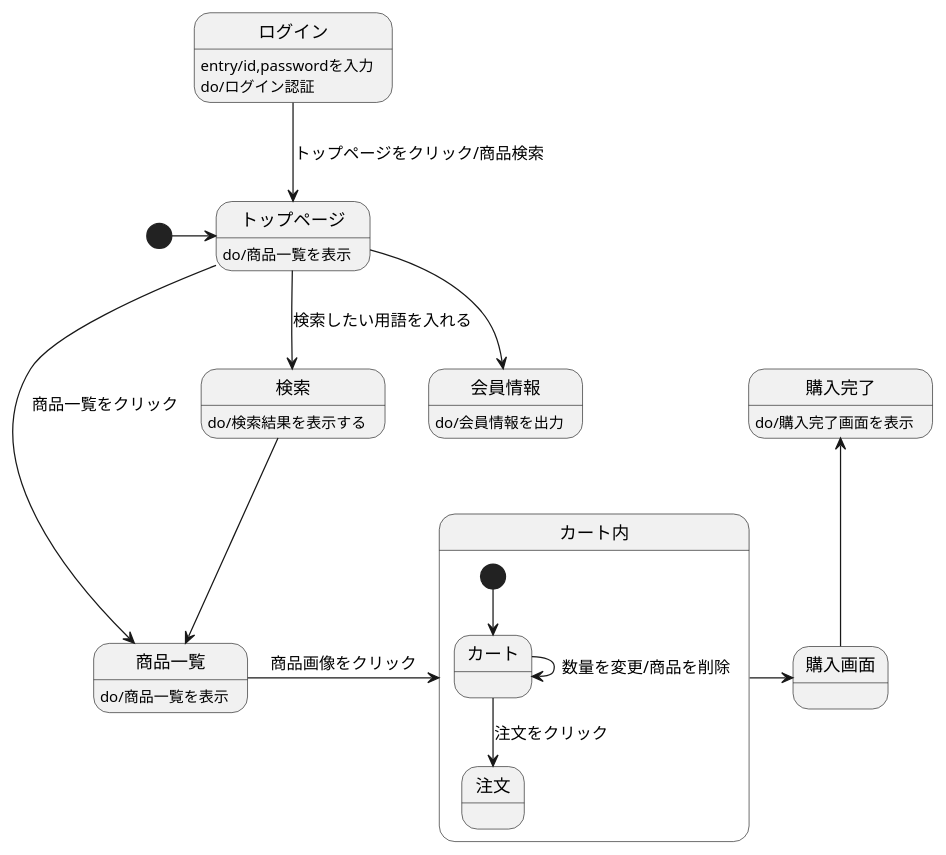
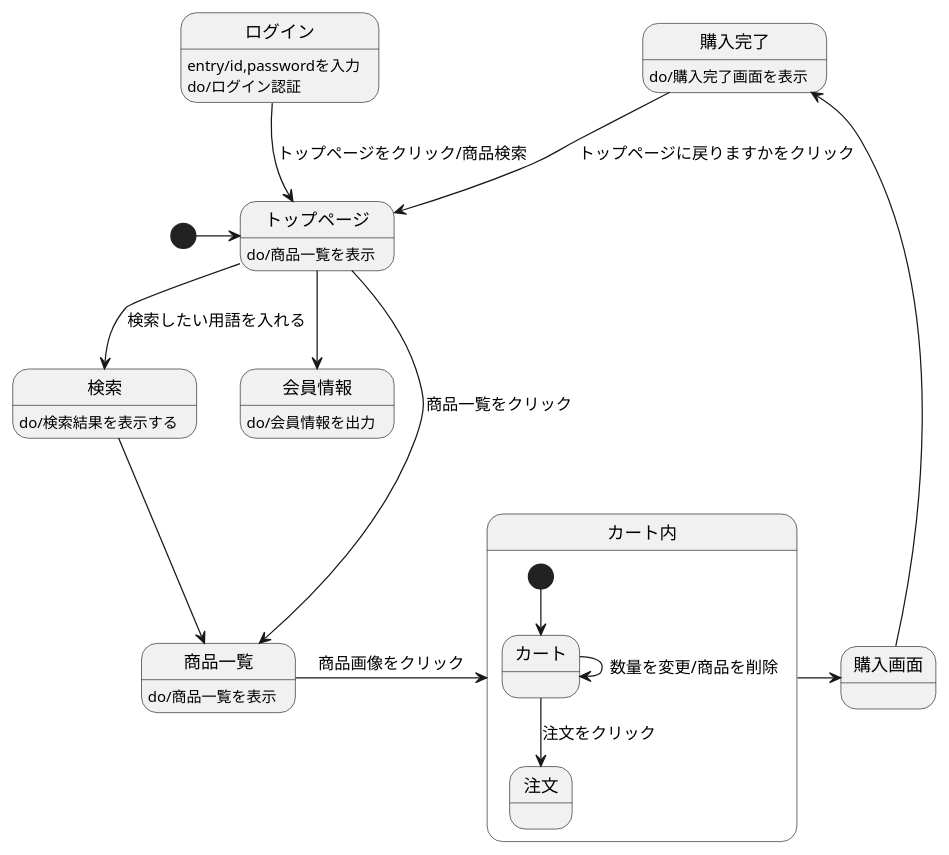
Before and after one commit to Aso2001224/2021sys-design: the diagram in 画面遷移図(original).md, drawn with PlantUML.

````diff
--- a/画面遷移図(original).md
+++ b/画面遷移図(original).md
@@ -1,25 +1,25 @@
 ```uml
 @startuml
 [*]->トップページ
 トップページ:do/商品一覧を表示
 ログイン-->トップページ:トップページをクリック/商品検索
 ログイン:entry/id,passwordを入力
 ログイン:do/ログイン認証
 トップページ-->会員情報
 会員情報:do/会員情報を出力
 トップページ-->検索 :検索したい用語を入れる
 検索:do/検索結果を表示する
 トップページ-->商品一覧 :商品一覧をクリック
 検索-->商品一覧
 商品一覧:do/商品一覧を表示
 商品一覧-right->カート内: 商品画像をクリック
 カート内-right-> 購入画面
 購入画面-up->購入完了
 購入完了:do/購入完了画面を表示
-
+購入完了-->トップページ: トップページに戻りますかをクリック
 state カート内{
 [*]--> カート
 カート-down-> 注文: 注文をクリック
 カート->カート: 数量を変更/商品を削除
 @enduml
 ```
````
